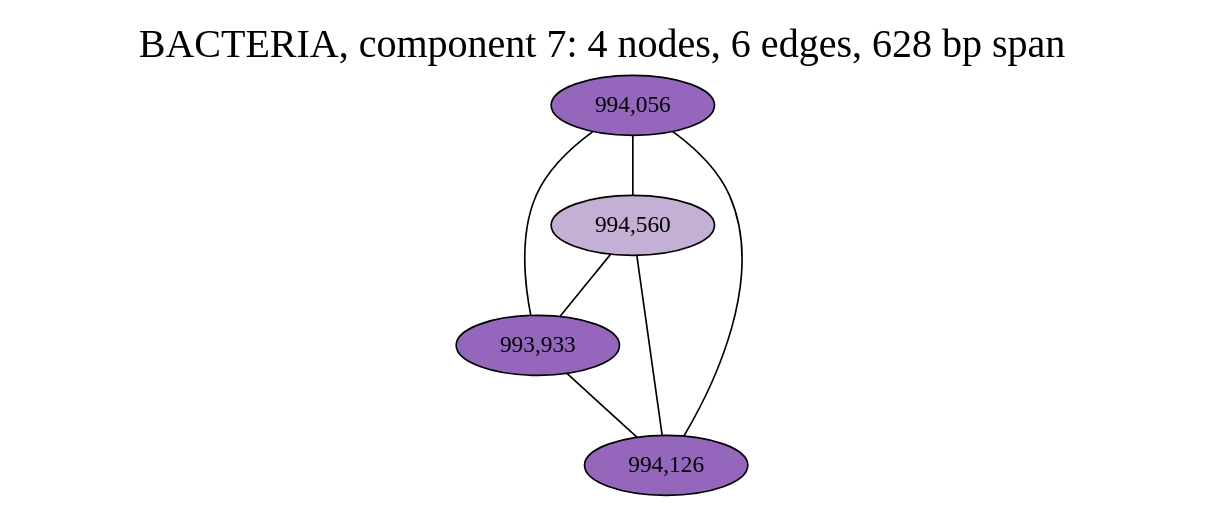
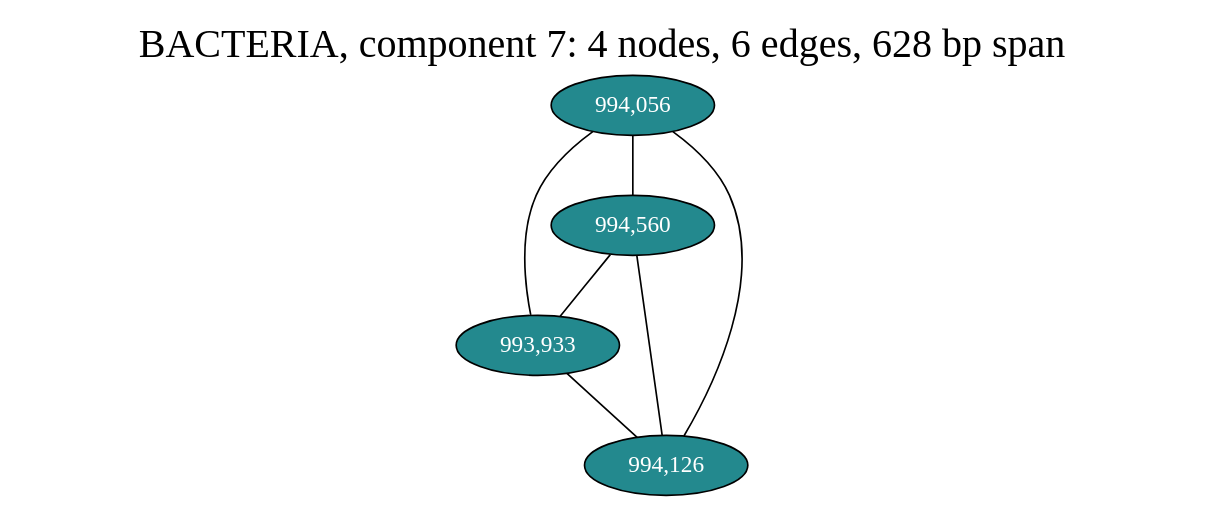
Before and after one commit to fedarko/sheepgut: the diagram in notebooks/graphs/BACTERIA_cc7.gv, drawn with Graphviz. The commit also changed 64 other files, not shown here.

Commit message:
use viridis for gene colors in LM graphs

```diff
--- a/notebooks/graphs/BACTERIA_cc7.gv
+++ b/notebooks/graphs/BACTERIA_cc7.gv
@@ -1,17 +1,17 @@
 graph BACTERIA_cc7 {
 	overlap="prism50";
 	outputorder="edgesfirst";
 	label="BACTERIA, component 7: 4 nodes, 6 edges, 628 bp span";
 	labelloc="t";
 	fontsize=24;
-	"994,056" [style="filled", fillcolor="#9467bd", fontcolor="#000000"];
-	"994,560" [style="filled", fillcolor="#c5b0d5", fontcolor="#000000"];
-	"993,933" [style="filled", fillcolor="#9467bd", fontcolor="#000000"];
-	"994,126" [style="filled", fillcolor="#9467bd", fontcolor="#000000"];
+	"994,056" [style="filled", fillcolor="#23898e", fontcolor="#ffffff"];
+	"994,560" [style="filled", fillcolor="#23898e", fontcolor="#ffffff"];
+	"993,933" [style="filled", fillcolor="#23898e", fontcolor="#ffffff"];
+	"994,126" [style="filled", fillcolor="#23898e", fontcolor="#ffffff"];
 	"994,056" -- "993,933";
 	"994,056" -- "994,126";
 	"994,056" -- "994,560";
 	"994,560" -- "993,933";
 	"994,560" -- "994,126";
 	"993,933" -- "994,126";
 }
```
